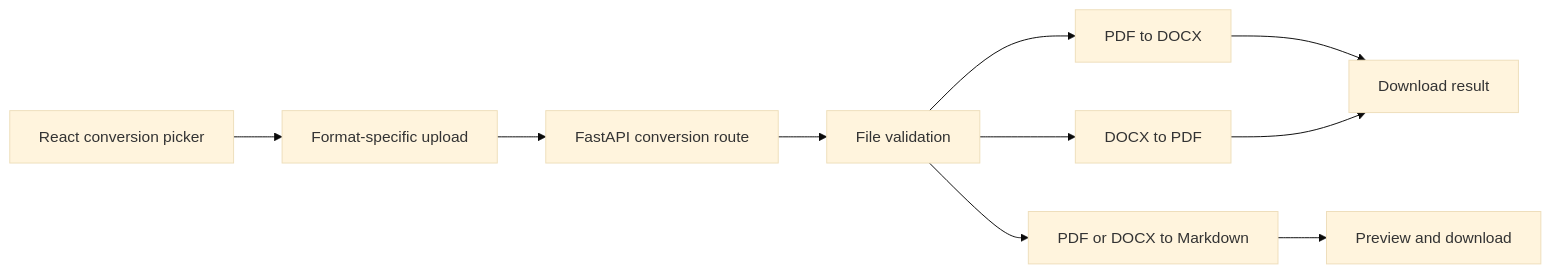
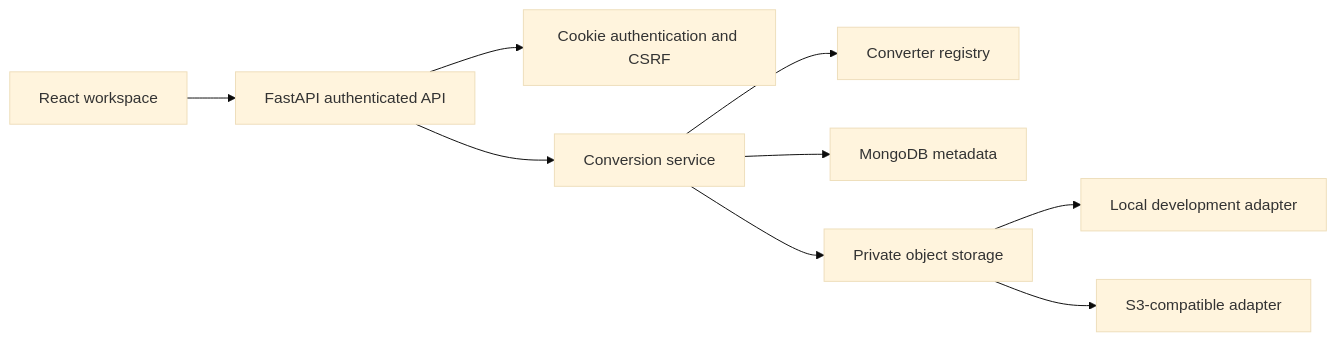
Before and after one commit to nareshv-dev/file-morph: the diagram in README.md, drawn with Mermaid (base theme). The commit also changed other lines of this file and 62 other files, not shown here.

````diff
--- a/README.md
+++ b/README.md
@@ -20,12 +9,11 @@
 ```mermaid
 flowchart LR
-    UI[React conversion picker] --> U[Format-specific upload]
-    U --> API[FastAPI conversion route]
-    API --> V[File validation]
-    V --> PD[PDF to DOCX]
-    V --> DP[DOCX to PDF]
-    V --> MD[PDF or DOCX to Markdown]
-    PD --> DL[Download result]
-    DP --> DL
-    MD --> PR[Preview and download]
+    UI[React workspace] --> API[FastAPI authenticated API]
+    API --> AUTH[Cookie authentication and CSRF]
+    API --> JOB[Conversion service]
+    JOB --> REG[Converter registry]
+    JOB --> DB[MongoDB metadata]
+    JOB --> STORE[Private object storage]
+    STORE --> LOCAL[Local development adapter]
+    STORE --> S3[S3-compatible adapter]
 ```
````
